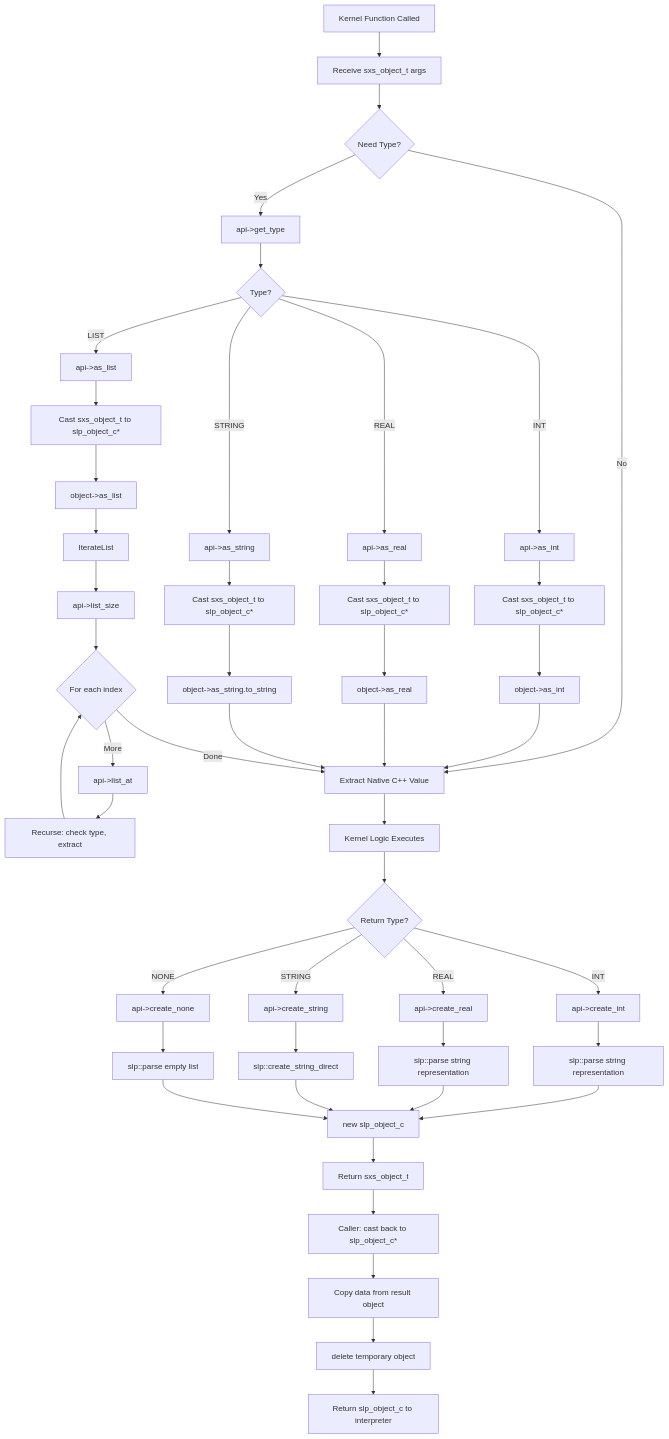
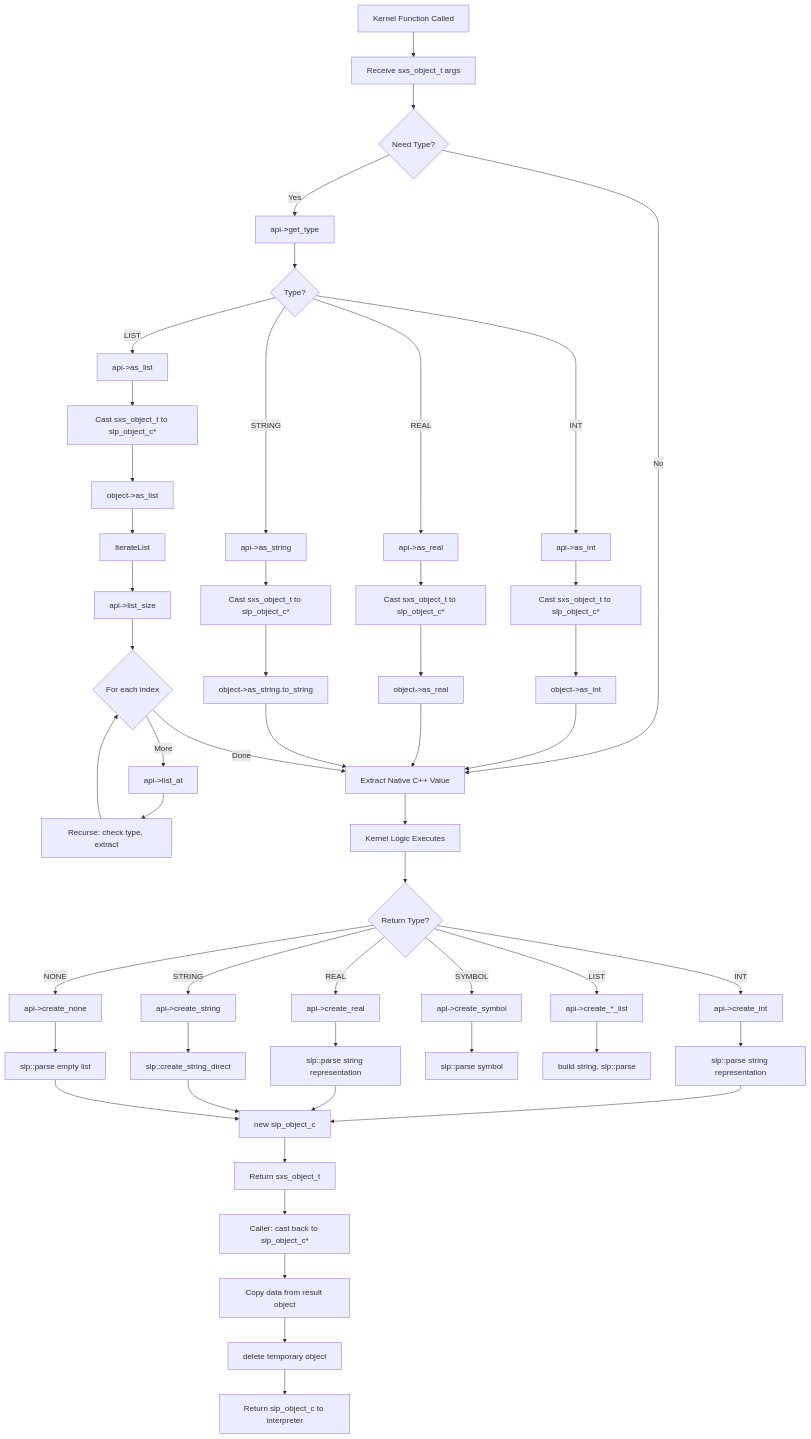
One commit to bosley/sxs changed the fourth of 4 diagrams in pkg/core/kernels/kernels.md. Above: the diagram before and after it, drawn with Mermaid. The commit also changed other lines of this file, not shown here.

````diff
--- a/pkg/core/kernels/kernels.md
+++ b/pkg/core/kernels/kernels.md
@@ -217,60 +219,64 @@
 ```mermaid
 flowchart TD
     Start[Kernel Function Called] --> GetArgs[Receive sxs_object_t args]
     
     GetArgs --> CheckType{Need Type?}
     CheckType -->|Yes| GetType[api->get_type]
     CheckType -->|No| ExtractData
     
     GetType --> TypeSwitch{Type?}
     TypeSwitch -->|INT| AsInt[api->as_int]
     TypeSwitch -->|REAL| AsReal[api->as_real]
     TypeSwitch -->|STRING| AsString[api->as_string]
     TypeSwitch -->|LIST| AsList[api->as_list]
     
     AsInt --> CastInt[Cast sxs_object_t to slp_object_c*]
     AsReal --> CastReal[Cast sxs_object_t to slp_object_c*]
     AsString --> CastString[Cast sxs_object_t to slp_object_c*]
     AsList --> CastList[Cast sxs_object_t to slp_object_c*]
     
     CastInt --> ExtractInt[object->as_int]
     CastReal --> ExtractReal[object->as_real]
     CastString --> ExtractString[object->as_string.to_string]
     CastList --> ExtractList[object->as_list]
     
     ExtractInt --> ExtractData[Extract Native C++ Value]
     ExtractReal --> ExtractData
     ExtractString --> ExtractData
     ExtractList --> IterateList
     
     IterateList --> ListSize[api->list_size]
     ListSize --> ListLoop{For each index}
     ListLoop -->|More| ListAt[api->list_at]
     ListAt --> RecurseType[Recurse: check type, extract]
     RecurseType --> ListLoop
     ListLoop -->|Done| ExtractData
     
     ExtractData --> Compute[Kernel Logic Executes]
     
     Compute --> CreateResult{Return Type?}
     CreateResult -->|INT| CreateInt[api->create_int]
     CreateResult -->|REAL| CreateReal[api->create_real]
     CreateResult -->|STRING| CreateString[api->create_string]
+    CreateResult -->|SYMBOL| CreateSymbol[api->create_symbol]
+    CreateResult -->|LIST| CreateList[api->create_*_list]
     CreateResult -->|NONE| CreateNone[api->create_none]
     
     CreateInt --> ParseInt[slp::parse string representation]
     CreateReal --> ParseReal[slp::parse string representation]
     CreateString --> DirectString[slp::create_string_direct]
+    CreateSymbol --> ParseSymbol[slp::parse symbol]
+    CreateList --> ParseList[build string, slp::parse]
     CreateNone --> ParseNone[slp::parse empty list]
     
     ParseInt --> WrapObj[new slp_object_c]
     ParseReal --> WrapObj
     DirectString --> WrapObj
     ParseNone --> WrapObj
     
     WrapObj --> ReturnPtr[Return sxs_object_t]
     ReturnPtr --> Unwrap[Caller: cast back to slp_object_c*]
     Unwrap --> CopyData[Copy data from result object]
     CopyData --> DeleteTemp[delete temporary object]
     DeleteTemp --> End[Return slp_object_c to interpreter]
 ```
````
